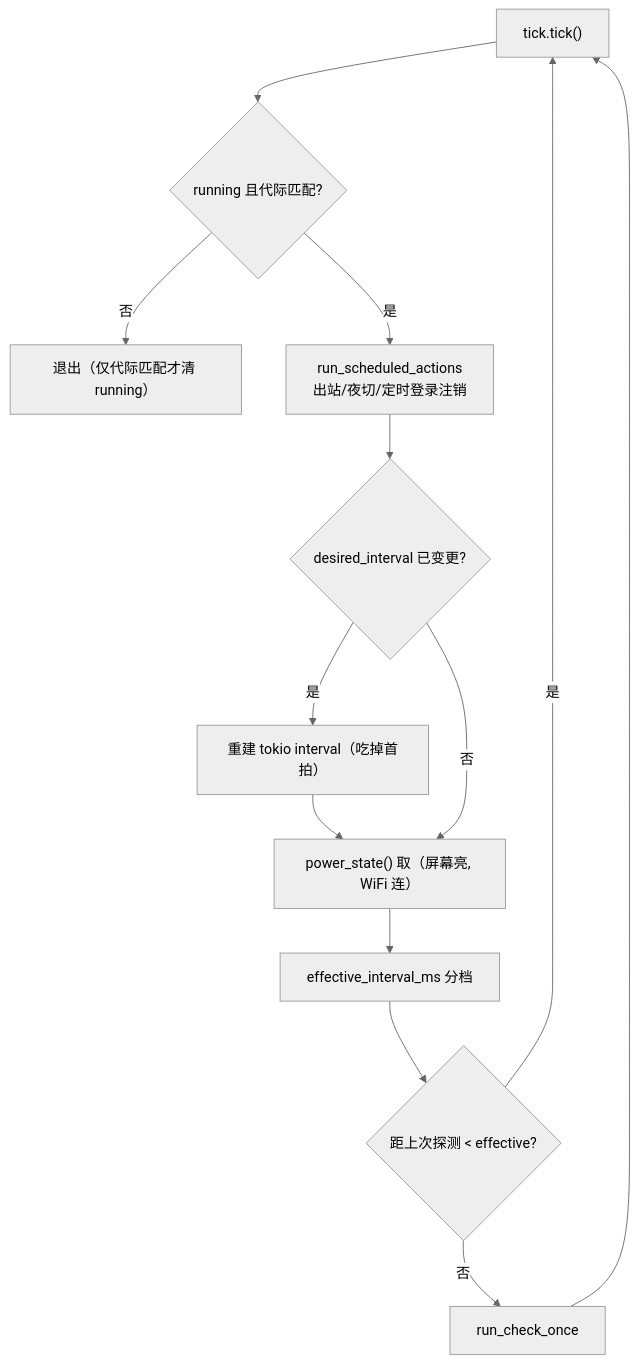
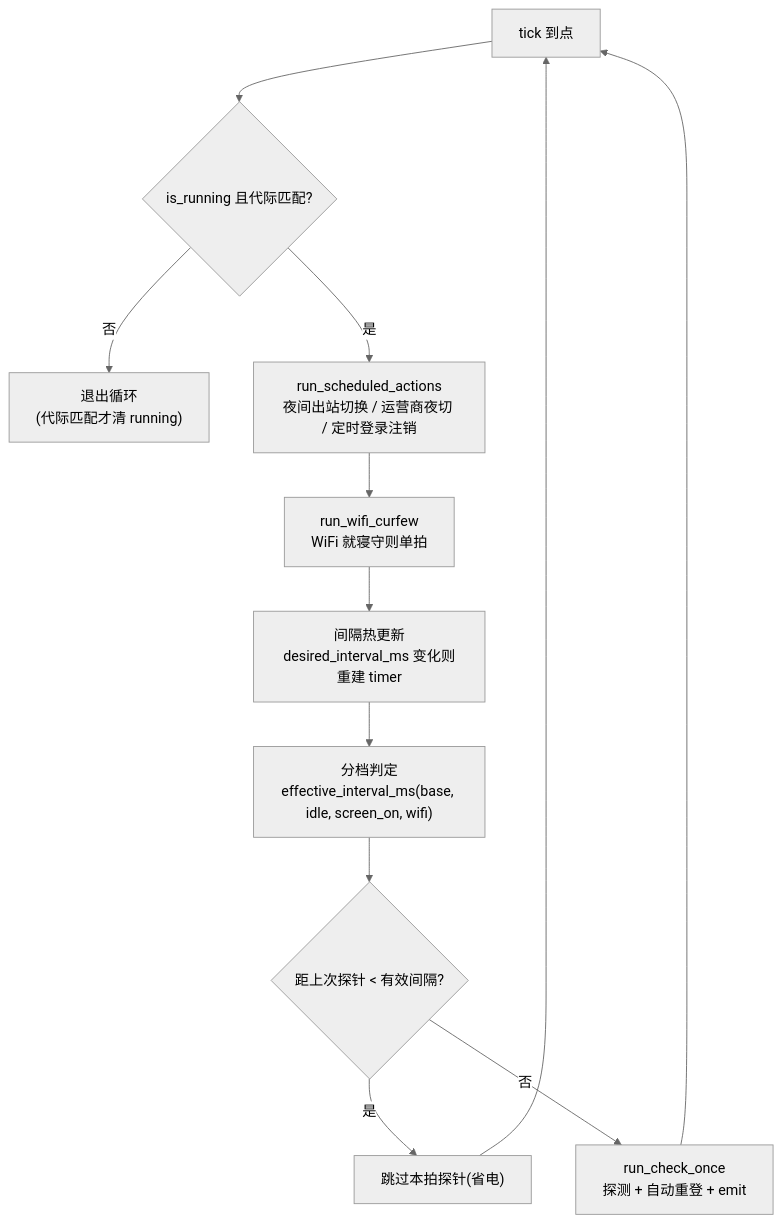
One commit to ikliml666/Wxxy-CampusLogin changed the third of 8 diagrams in .codewiki/modules/android-backend-tauri-monitoring.md. Above: the diagram before and after it, drawn with Mermaid (neutral theme). The commit also changed other lines of this file and 34 other files, not shown here.

````diff
--- a/.codewiki/modules/android-backend-tauri-monitoring.md
+++ b/.codewiki/modules/android-backend-tauri-monitoring.md
@@ -196,15 +98,14 @@
 ```mermaid
-flowchart TB
-    TICK["tick.tick()"] --> GEN{"running 且代际匹配?"}
-    GEN -- 否 --> EXIT["退出（仅代际匹配才清 running）"]
-    GEN -- 是 --> SSA["run_scheduled_actions<br/>出站/夜切/定时登录注销"]
-    SSA --> HOT{"desired_interval 已变更?"}
-    HOT -- 是 --> REBUILD["重建 tokio interval（吃掉首拍）"]
-    REBUILD --> POWER
-    HOT -- 否 --> POWER["power_state() 取（屏幕亮, WiFi 连）"]
-    POWER --> EFF["effective_interval_ms 分档"]
-    EFF --> GATE{"距上次探测 < effective?"}
-    GATE -- 是 --> TICK
-    GATE -- 否 --> RCO["run_check_once"]
-    RCO --> TICK
+flowchart TD
+    T["tick 到点"] --> G{"is_running 且代际匹配?"}
+    G -->|否| EXIT["退出循环<br/>(代际匹配才清 running)"]
+    G -->|是| S1["run_scheduled_actions<br/>夜间出站切换 / 运营商夜切 / 定时登录注销"]
+    S1 --> S2["run_wifi_curfew<br/>WiFi 就寝守则单拍"]
+    S2 --> S3["间隔热更新<br/>desired_interval_ms 变化则重建 timer"]
+    S3 --> S4["分档判定<br/>effective_interval_ms(base, idle, screen_on, wifi)"]
+    S4 --> S5{"距上次探针 < 有效间隔?"}
+    S5 -->|是| SKIP["跳过本拍探针(省电)"]
+    S5 -->|否| S6["run_check_once<br/>探测 + 自动重登 + emit"]
+    SKIP --> T
+    S6 --> T
 ```
````
